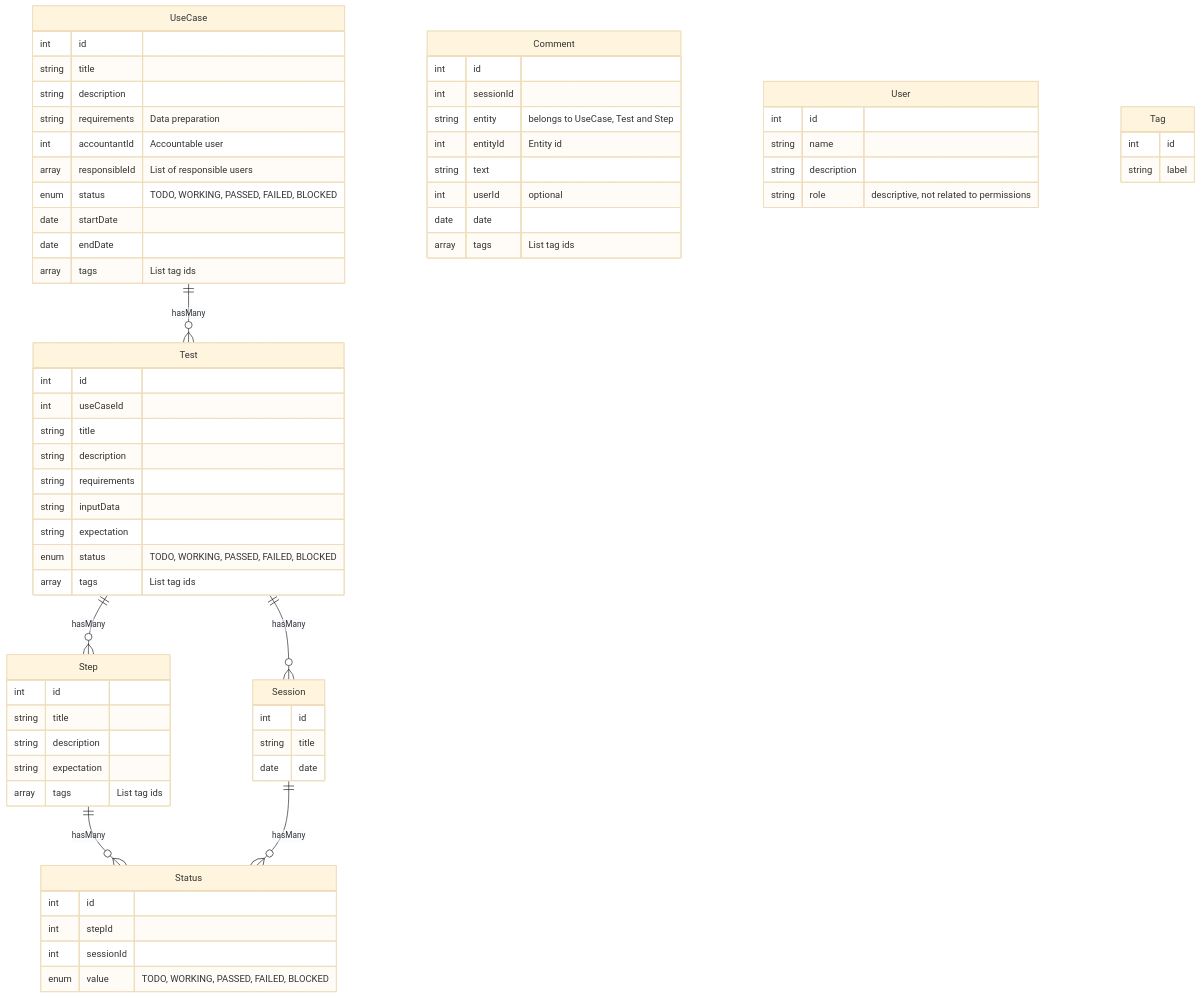
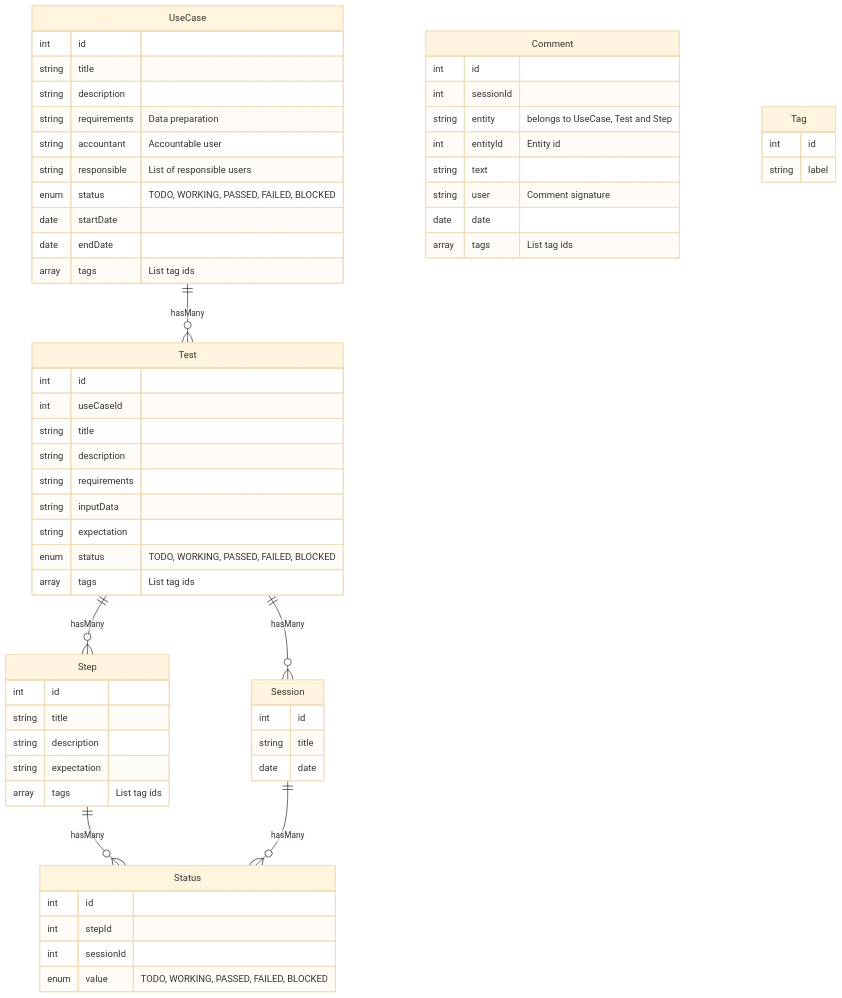
One commit to intesys/ytestbook changed the diagram in doc/data-model.md. Above: the diagram before and after it, drawn with Mermaid (base theme).

Commit message:
Simplify data model: remove User entity

````diff
--- a/doc/data-model.md
+++ b/doc/data-model.md
@@ -12,69 +12,63 @@
 ```mermaid
 erDiagram  
   UseCase {
     int id
     string title
     string description
     string requirements "Data preparation"
-    int accountantId "Accountable user"
-    array responsibleId "List of responsible users"
+    string accountant "Accountable user"
+    string responsible "List of responsible users"
     enum status "TODO, WORKING, PASSED, FAILED, BLOCKED"
     date startDate
     date endDate
     array tags "List tag ids"
   }
   Test {
     int id
     int useCaseId
     string title
     string description
     string requirements
     string inputData
     string expectation
     enum status "TODO, WORKING, PASSED, FAILED, BLOCKED"
     array tags "List tag ids"
   }
   Step {
     int id
     string title
     string description
     string expectation
     array tags "List tag ids"
   }
   Session {
     int id
     string title
     date date
   }
   Status {
     int id
     int stepId
     int sessionId
     enum value "TODO, WORKING, PASSED, FAILED, BLOCKED"
   }
   Comment {
     int id
     int sessionId
     string entity "belongs to UseCase, Test and Step"
     int entityId "Entity id"
     string text
-    int userId "optional"
+    string user "Comment signature"
     date date
     array tags "List tag ids"
-  }
-  User {
-    int id
-    string name
-    string description
-    string role "descriptive, not related to permissions"
   }
   Tag {
     int id
     string label
   }
   UseCase   ||--o{   Test     : hasMany
   Test      ||--o{   Step     : hasMany
   Test      ||--o{   Session  : hasMany
   Step      ||--o{   Status   : hasMany
   Session   ||--o{   Status   : hasMany 
 ```
````
